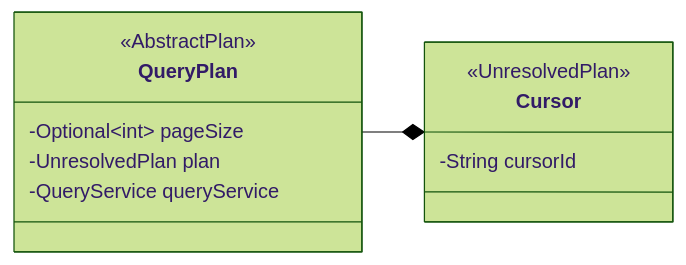
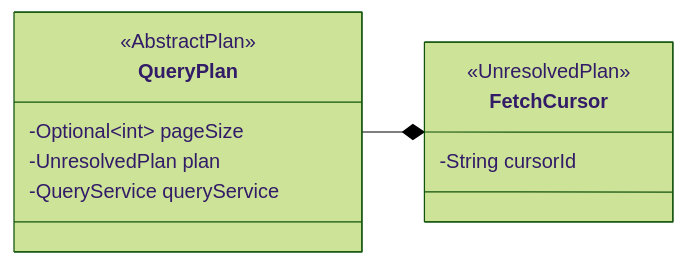
One commit to opensearch-project/sql changed the fourth of 18 diagrams in docs/dev/Pagination-v2.md. Above: the diagram before and after it, drawn with Mermaid (forest theme). The commit also changed other lines of this file and 80 other files, not shown here.

````diff
--- a/docs/dev/Pagination-v2.md
+++ b/docs/dev/Pagination-v2.md
@@ -207,15 +207,15 @@
 ```mermaid
 classDiagram
     direction LR
     class QueryPlan {
         <<AbstractPlan>>
         -Optional~int~ pageSize
         -UnresolvedPlan plan
         -QueryService queryService
     }
-    class Cursor {
+    class FetchCursor {
         <<UnresolvedPlan>>
         -String cursorId
     }
-    QueryPlan --* Cursor
+    QueryPlan --* FetchCursor
 ```
````
